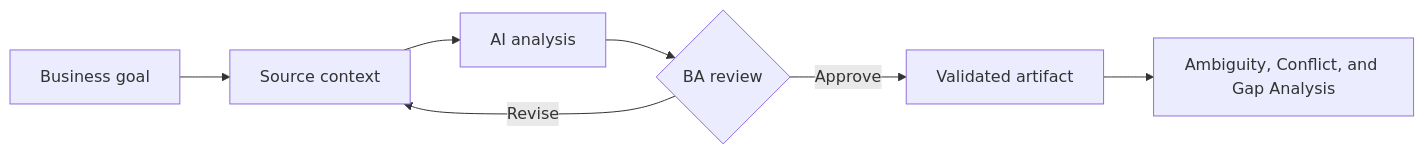
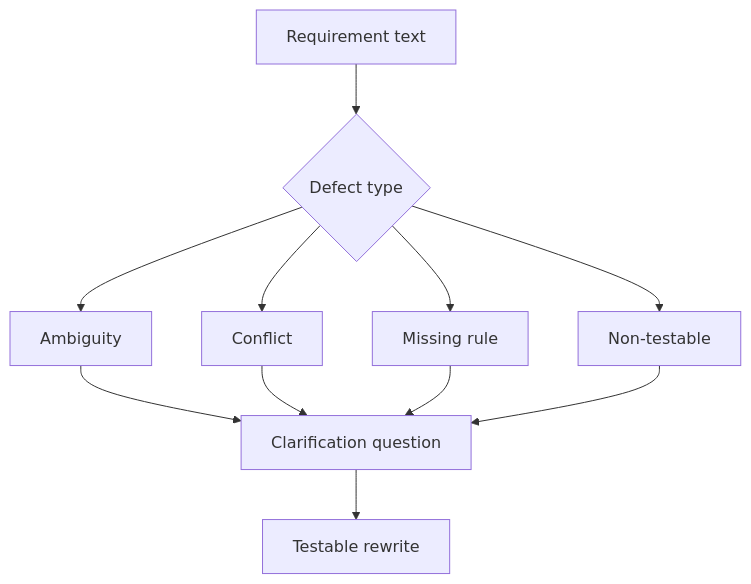
Before and after one commit to anhtnt90dev/ai-for-ba: the diagram in docs/en/lessons/ambiguity-conflict-and-gap-analysis/index.md, drawn with Mermaid. The commit also changed other lines of this file and 64 other files, not shown here.

````diff
--- a/docs/en/lessons/ambiguity-conflict-and-gap-analysis/index.md
+++ b/docs/en/lessons/ambiguity-conflict-and-gap-analysis/index.md
@@ -39,9 +38,13 @@
 ```mermaid
-flowchart LR
-    A["Business goal"] --> B["Source context"]
-    B --> C["AI analysis"]
-    C --> D{"BA review"}
-    D -->|"Revise"| B
-    D -->|"Approve"| E["Validated artifact"]
-    E --> F["Ambiguity, Conflict, and Gap Analysis"]
+flowchart TD
+    A["Requirement text"] --> B{"Defect type"}
+    B --> C["Ambiguity"]
+    B --> D["Conflict"]
+    B --> E["Missing rule"]
+    B --> F["Non-testable"]
+    C --> G["Clarification question"]
+    D --> G
+    E --> G
+    F --> G
+    G --> H["Testable rewrite"]
 ```
````
